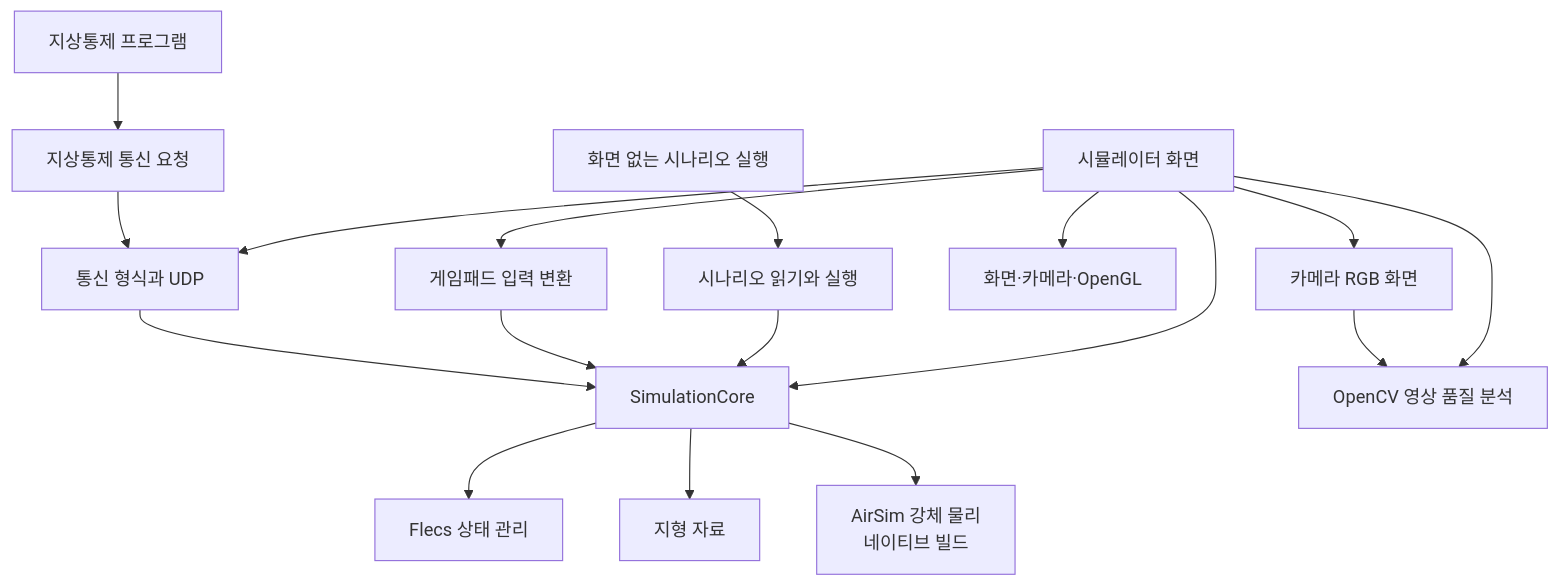
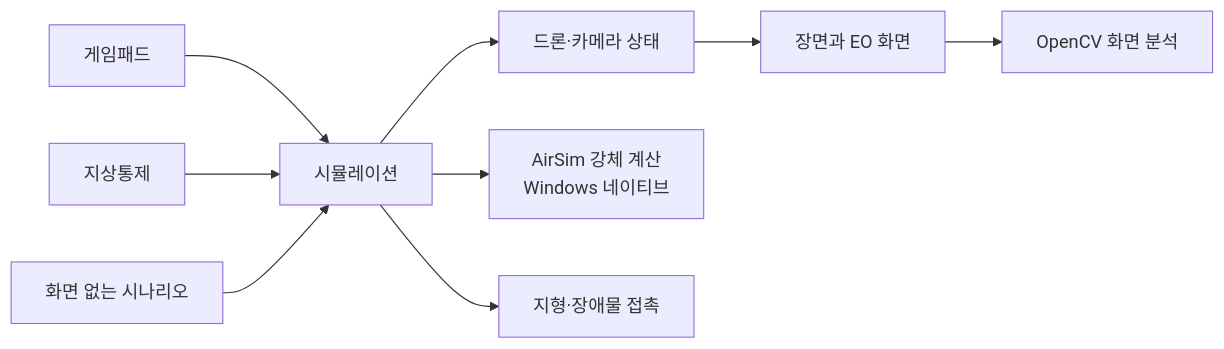
Before and after one commit to cgantro/DroneSim: the diagram in docs/public/기술검토.md, drawn with Mermaid. The commit also changed other lines of this file and 27 other files, not shown here.

````diff
--- a/docs/public/기술검토.md
+++ b/docs/public/기술검토.md
@@ -7,32 +9,11 @@
 ```mermaid
-flowchart TD
-    Simulator[시뮬레이터 화면]
-    GroundControl[지상통제 프로그램]
-    Headless[화면 없는 시나리오 실행]
-    Client[지상통제 통신 요청]
-    Protocol[통신 형식과 UDP]
-    Scenario[시나리오 읽기와 실행]
-    Core[SimulationCore]
-    Flecs[Flecs 상태 관리]
-    Physics[AirSim 강체 물리<br/>네이티브 빌드]
-    Terrain[지형 자료]
-    Control[게임패드 입력 변환]
-    Graphics[화면·카메라·OpenGL]
-    Sensor[카메라 RGB 화면]
-    Vision[OpenCV 영상 품질 분석]
-
-    Simulator --> Core
-    Simulator --> Graphics
-    Simulator --> Protocol
-    Simulator --> Control
-    Simulator --> Sensor
-    Simulator --> Vision
-    GroundControl --> Client --> Protocol
-    Headless --> Scenario --> Core
-    Control --> Core
-    Protocol --> Core
-    Core --> Flecs
-    Core --> Terrain
-    Core --> Physics
-    Sensor --> Vision
+flowchart LR
+    Gamepad[게임패드] --> Core[시뮬레이션]
+    GCS[지상통제] --> Core
+    Scenario[화면 없는 시나리오] --> Core
+    Core --> State[드론·카메라 상태]
+    Core --> AirSim[AirSim 강체 계산<br/>Windows 네이티브]
+    Core --> Terrain[지형·장애물 접촉]
+    State --> Render[장면과 EO 화면]
+    Render --> Vision[OpenCV 화면 분석]
 ```
````
